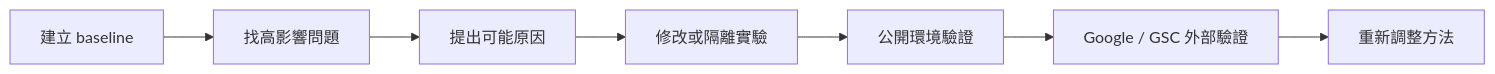
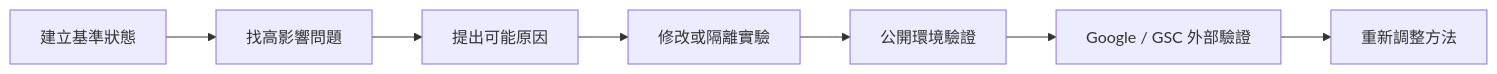
The first of 2 diagrams in README.md (minxinchen/claude-cross-platform-workspace), drawn with Mermaid before and after one commit. The commit also changed other lines of this file, not shown here.

````diff
--- a/README.md
+++ b/README.md
@@ -31,9 +31,9 @@
 ```mermaid
 flowchart LR
-    A[建立 baseline] --> B[找高影響問題]
+    A[建立基準狀態] --> B[找高影響問題]
     B --> C[提出可能原因]
     C --> D[修改或隔離實驗]
     D --> E[公開環境驗證]
     E --> F[Google / GSC 外部驗證]
     F --> G[重新調整方法]
 ```
````
